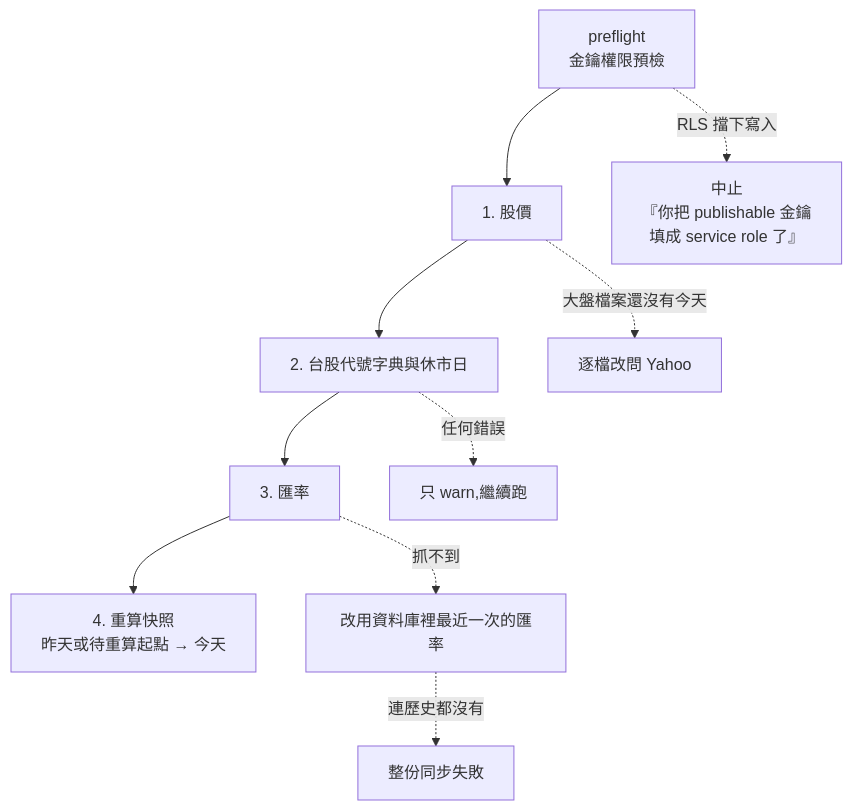
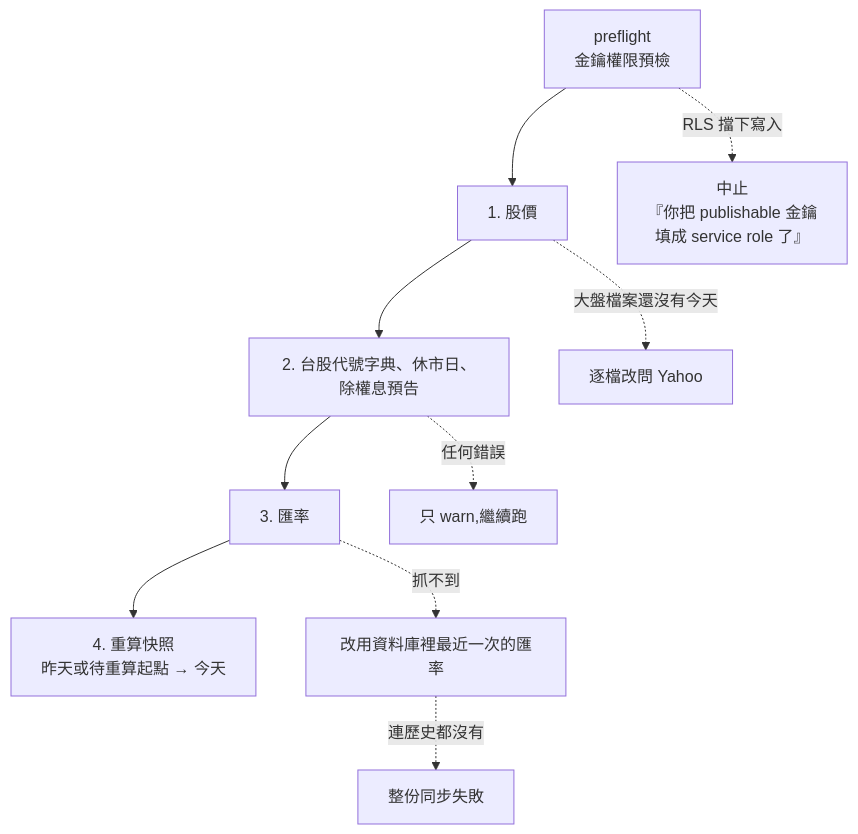
Before and after one commit to Kent6682/NetWorthy: the sixth of 6 diagrams in docs/技術文件.md, drawn with Mermaid. The commit also changed other lines of this file and 15 other files, not shown here.

````diff
--- a/docs/技術文件.md
+++ b/docs/技術文件.md
@@ -286,13 +297,13 @@
 ```mermaid
 flowchart TD
   P["preflight<br/>金鑰權限預檢"] --> S1["1. 股價"]
-  S1 --> S2["2. 台股代號字典與休市日"]
+  S1 --> S2["2. 台股代號字典、休市日、除權息預告"]
   S2 --> S3["3. 匯率"]
   S3 --> S4["4. 重算快照<br/>昨天或待重算起點 → 今天"]
 
   P -.->|"RLS 擋下寫入"| PE["中止<br/>『你把 publishable 金鑰<br/>填成 service role 了』"]
   S1 -.->|"大盤檔案還沒有今天"| Y["逐檔改問 Yahoo"]
   S2 -.->|"任何錯誤"| SW["只 warn,繼續跑"]
   S3 -.->|"抓不到"| F1["改用資料庫裡最近一次的匯率"]
   F1 -.->|"連歷史都沒有"| FE["整份同步失敗"]
 ```
````
